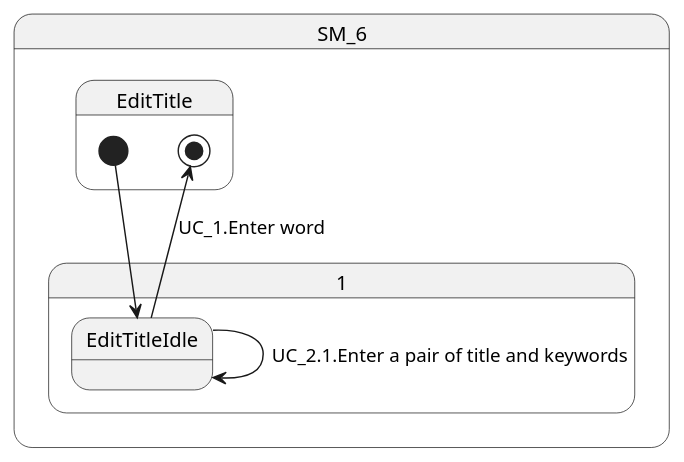
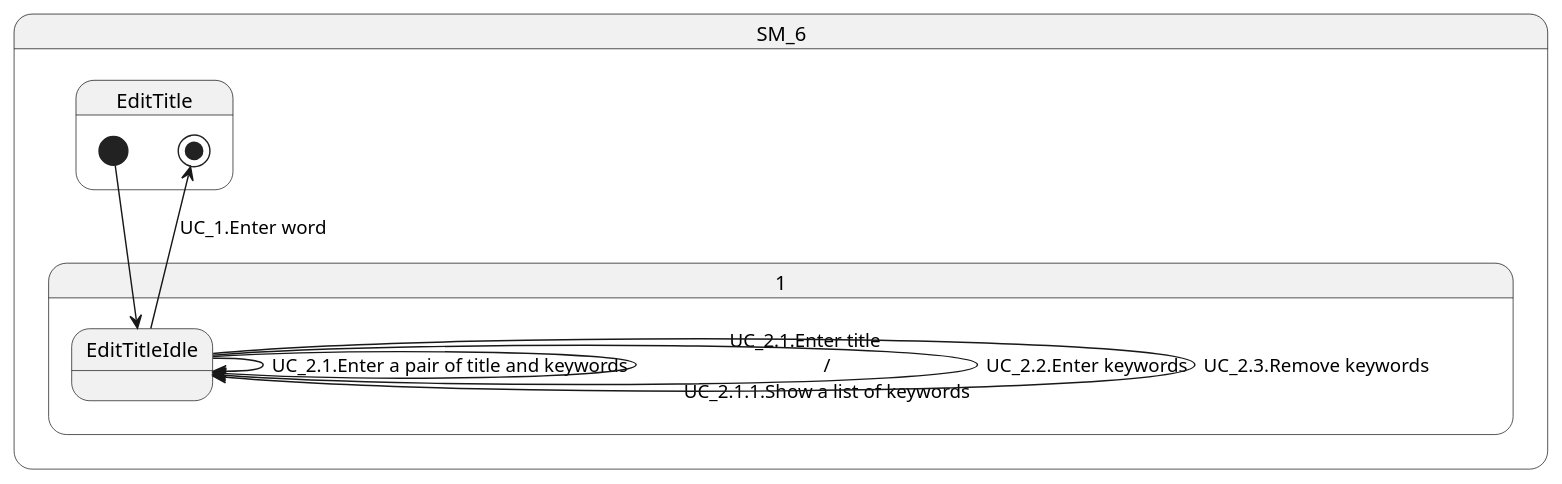
The diagram in web/doc/state_chart/SM_6.pu (azarashin/Word2VecSOM), drawn with PlantUML before and after one commit.

Commit message:
update state chart for editing title and keywords.

```diff
--- a/web/doc/state_chart/SM_6.pu
+++ b/web/doc/state_chart/SM_6.pu
@@ -1,10 +1,18 @@
 @startuml
 
 state SM_6.EditTitle {
     [*] --> SM_6.1.EditTitleIdle
     SM_6.1.EditTitleIdle --> [*] : UC_1.Enter word
     SM_6.1.EditTitleIdle --> SM_6.1.EditTitleIdle : UC_2.1.Enter a pair of title and keywords
+
+    SM_6.1.EditTitleIdle --> SM_6.1.EditTitleIdle : \
+        UC_2.1.Enter title \n\
+        /\n\
+        UC_2.1.1.Show a list of keywords
+
+    SM_6.1.EditTitleIdle --> SM_6.1.EditTitleIdle : UC_2.2.Enter keywords
+    SM_6.1.EditTitleIdle --> SM_6.1.EditTitleIdle : UC_2.3.Remove keywords
+
 }
 
-
 @enduml
```
